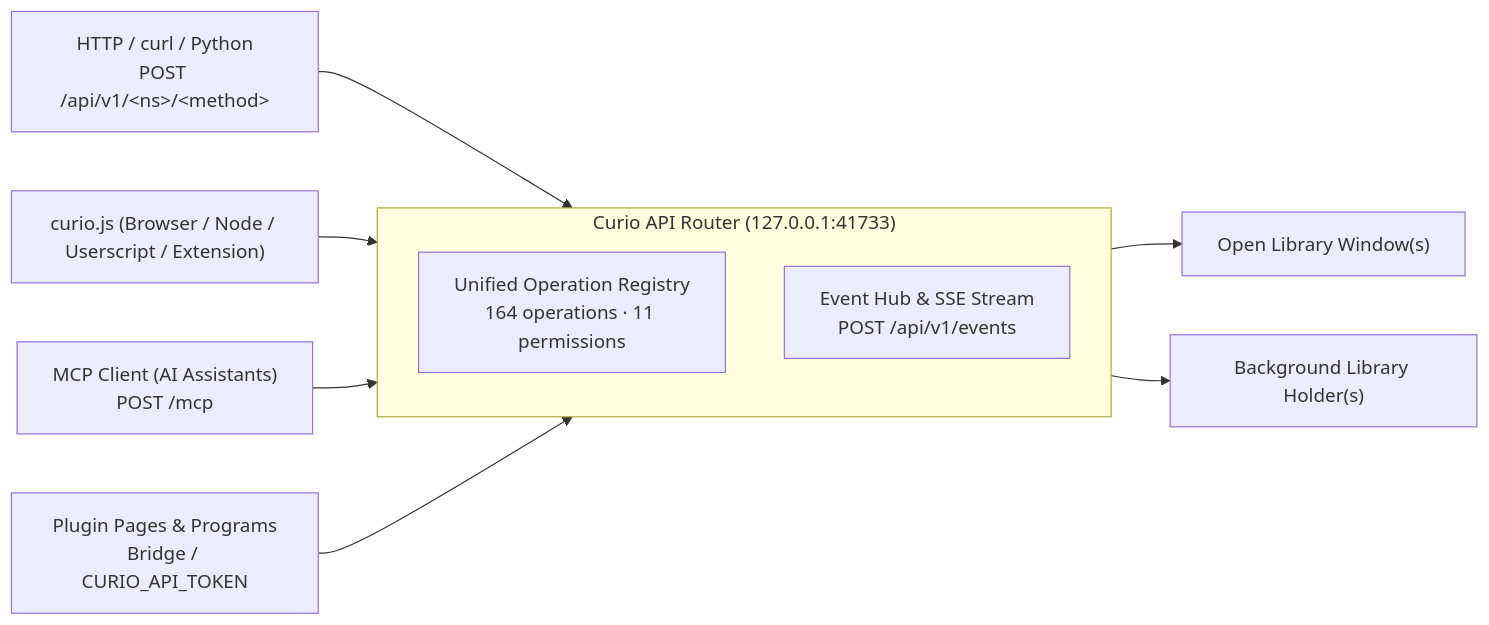
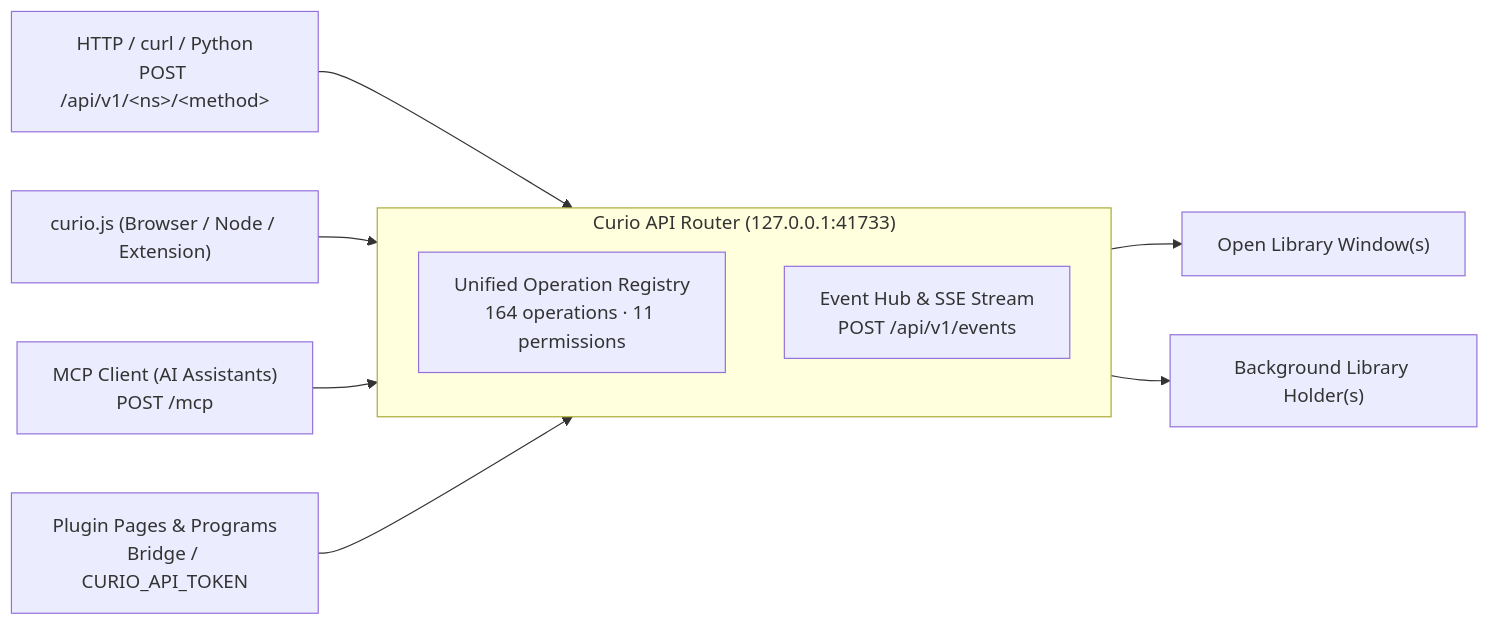
The diagram in docs/api/index.md (Erehr/curio), drawn with Mermaid before and after one commit. The commit also changed other lines of this file and 16 other files, not shown here.

````diff
--- a/docs/api/index.md
+++ b/docs/api/index.md
@@ -7,15 +7,15 @@
 ```mermaid
 flowchart LR
   HTTP["HTTP / curl / Python<br/>POST /api/v1/&lt;ns&gt;/&lt;method&gt;"] --> Router
-  JS["curio.js (Browser / Node / Userscript / Extension)"] --> Router
+  JS["curio.js (Browser / Node / Extension)"] --> Router
   MCP["MCP Client (AI Assistants)<br/>POST /mcp"] --> Router
   PLUG["Plugin Pages & Programs<br/>Bridge / CURIO_API_TOKEN"] --> Router
 
   subgraph Router["Curio API Router (127.0.0.1:41733)"]
     REG["Unified Operation Registry<br/>164 operations · 11 permissions"]
     SSE["Event Hub & SSE Stream<br/>POST /api/v1/events"]
   end
 
   Router --> W1["Open Library Window(s)"]
   Router --> BG["Background Library Holder(s)"]
 ```
````
